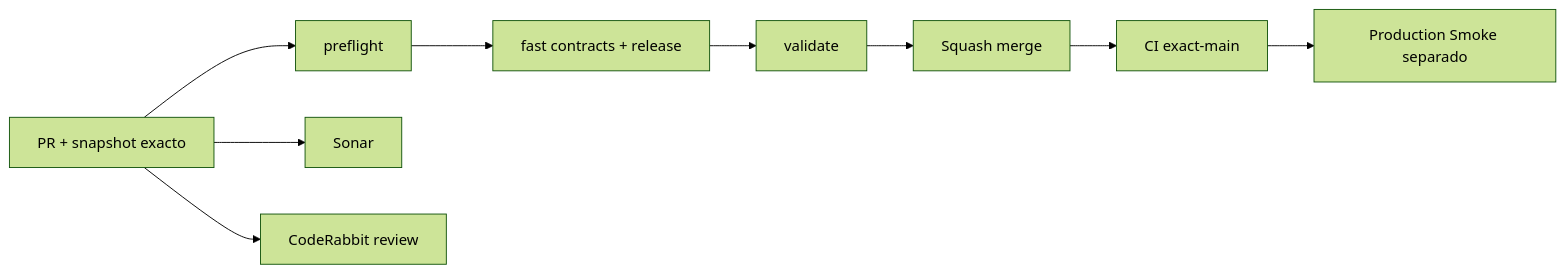
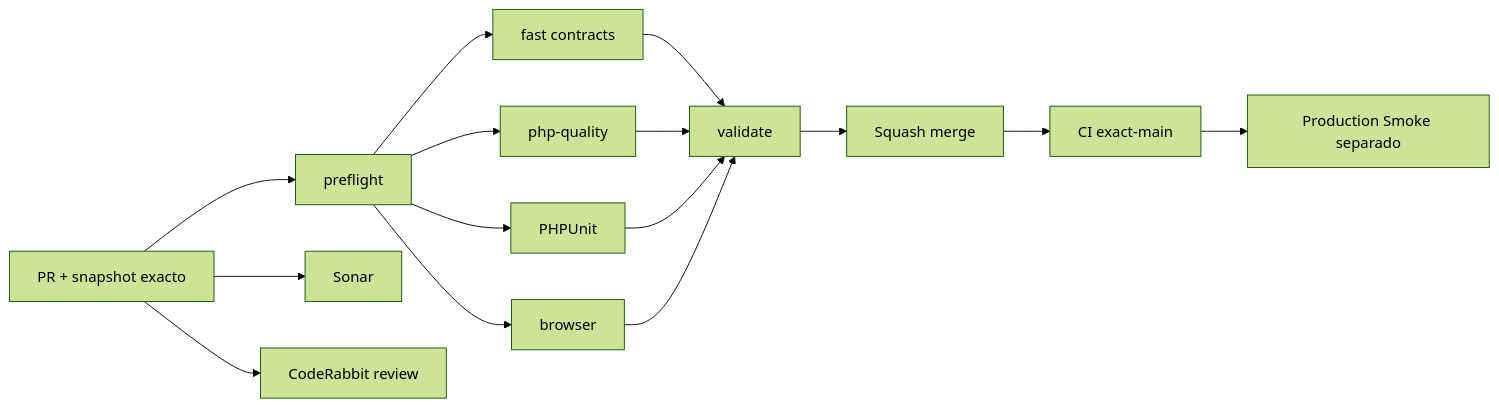
The diagram in README.md (pl0n3r/GrindFlow), drawn with Mermaid (forest theme) before and after one commit. The commit also changed other lines of this file, not shown here.

````diff
--- a/README.md
+++ b/README.md
@@ -52,11 +54,17 @@
 ```mermaid
 flowchart LR
  A["PR + snapshot exacto"] --> P["preflight"]
- P --> F["fast contracts + release"]
+ P --> F["fast contracts"]
+ P --> Q["php-quality"]
+ P --> T["PHPUnit"]
+ P --> B["browser"]
  A --> S["Sonar"]
  A --> C["CodeRabbit review"]
  F --> V["validate"]
+ Q --> V
+ T --> V
+ B --> V
  V --> M["Squash merge"]
  M --> X["CI exact-main"]
  X --> R["Production Smoke separado"]
 ```
````
